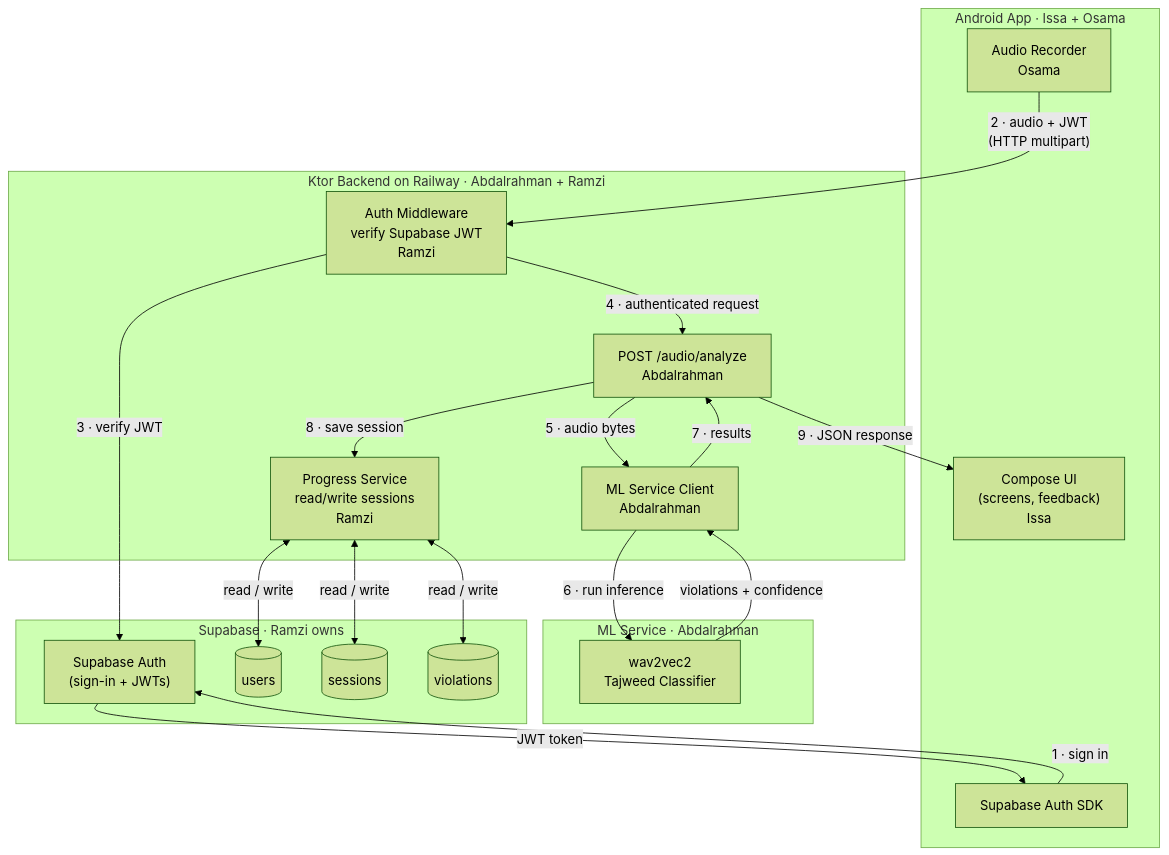
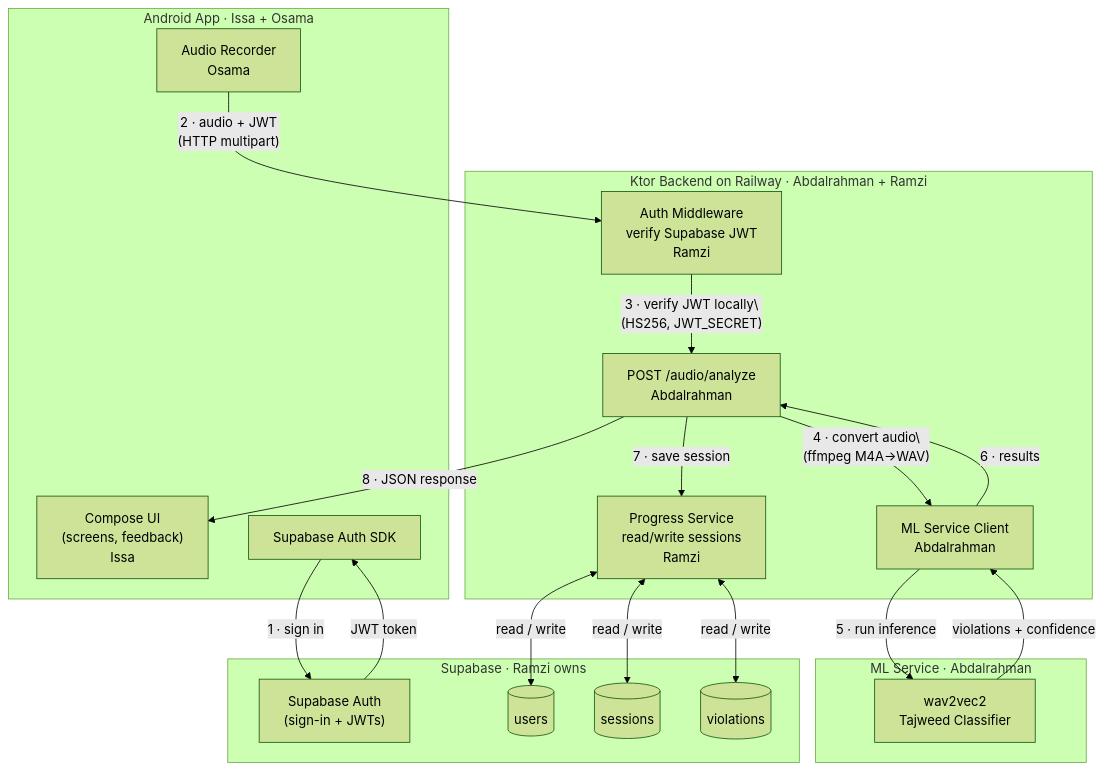
One commit to Abdalrahman-py/bayaan changed the diagram in docs/architecture.md. Above: the diagram before and after it, drawn with Mermaid (forest theme). The commit also changed other lines of this file and 2 other files, not shown here.

First line of the commit message:
docs: backend architecture review + supabase reference (June 10)

````diff
--- a/docs/architecture.md
+++ b/docs/architecture.md
@@ -7,41 +7,40 @@
 ```mermaid
 graph TB
     subgraph Android["Android App  ·  Issa + Osama"]
         A_UI["Compose UI\n(screens, feedback)\nIssa"]
         A_REC["Audio Recorder\nOsama"]
         A_AUTH["Supabase Auth SDK"]
     end
 
     subgraph Backend["Ktor Backend on Railway  ·  Abdalrahman + Ramzi"]
         B_MW["Auth Middleware\nverify Supabase JWT\nRamzi"]
         B_EP["POST /audio/analyze\nAbdalrahman"]
         B_ML["ML Service Client\nAbdalrahman"]
         B_PROG["Progress Service\nread/write sessions\nRamzi"]
     end
 
     subgraph ML["ML Service  ·  Abdalrahman"]
         M["wav2vec2\nTajweed Classifier"]
     end
 
     subgraph Supabase["Supabase  ·  Ramzi owns"]
         SB_A["Supabase Auth\n(sign-in + JWTs)"]
         T1[("users")]
         T2[("sessions")]
         T3[("violations")]
     end
 
     A_AUTH -- "1 · sign in" --> SB_A
     SB_A -- "JWT token" --> A_AUTH
     A_REC -- "2 · audio + JWT\n(HTTP multipart)" --> B_MW
-    B_MW -- "3 · verify JWT" --> SB_A
-    B_MW -- "4 · authenticated request" --> B_EP
-    B_EP -- "5 · audio bytes" --> B_ML
-    B_ML -- "6 · run inference" --> M
+    B_MW -- "3 · verify JWT locally\\n(HS256, JWT_SECRET)" --> B_EP
+    B_EP -- "4 · convert audio\\n(ffmpeg M4A→WAV)" --> B_ML
+    B_ML -- "5 · run inference" --> M
     M -- "violations + confidence" --> B_ML
-    B_ML -- "7 · results" --> B_EP
-    B_EP -- "8 · save session" --> B_PROG
+    B_ML -- "6 · results" --> B_EP
+    B_EP -- "7 · save session" --> B_PROG
     B_PROG <-- "read / write" --> T1
     B_PROG <-- "read / write" --> T2
     B_PROG <-- "read / write" --> T3
-    B_EP -- "9 · JSON response" --> A_UI
+    B_EP -- "8 · JSON response" --> A_UI
 ```
````
